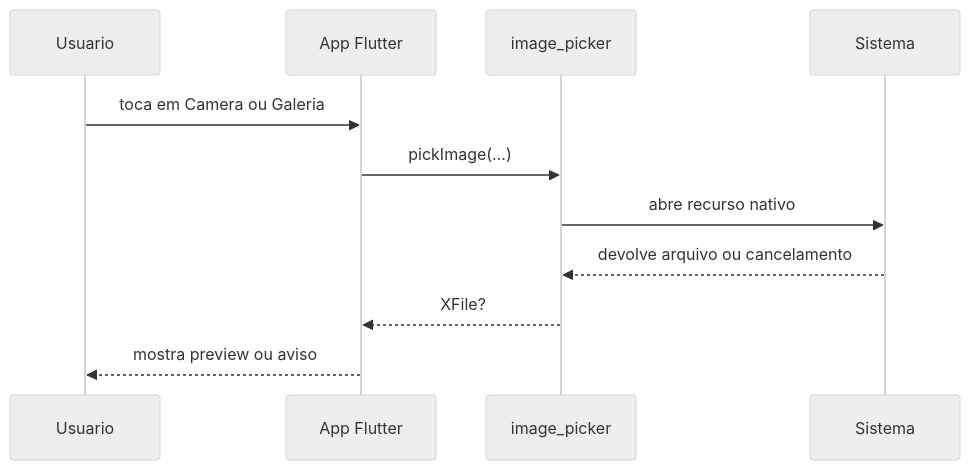
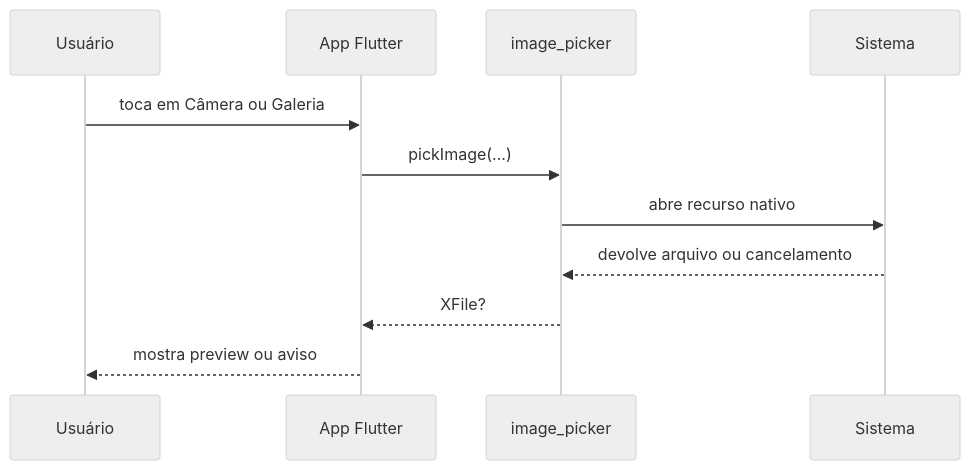
Before and after one commit to prof-gustavo-villalta/self: the second of 17 diagrams in courses/2026-1-DS-Prog-Aplicativos-Mobile-II-Novotec-Noturno/aulas/aula-11.md, drawn with Mermaid (neutral theme). The commit also changed other lines of this file and 6 other files, not shown here.

````diff
--- a/courses/2026-1-DS-Prog-Aplicativos-Mobile-II-Novotec-Noturno/aulas/aula-11.md
+++ b/courses/2026-1-DS-Prog-Aplicativos-Mobile-II-Novotec-Noturno/aulas/aula-11.md
@@ -142,14 +142,14 @@
 ```mermaid
 sequenceDiagram
-    participant U as Usuario
+    participant U as Usuário
     participant A as App Flutter
     participant P as image_picker
     participant S as Sistema
 
-    U->>A: toca em Camera ou Galeria
+    U->>A: toca em Câmera ou Galeria
     A->>P: pickImage(...)
     P->>S: abre recurso nativo
     S-->>P: devolve arquivo ou cancelamento
     P-->>A: XFile?
     A-->>U: mostra preview ou aviso
 ```
````
